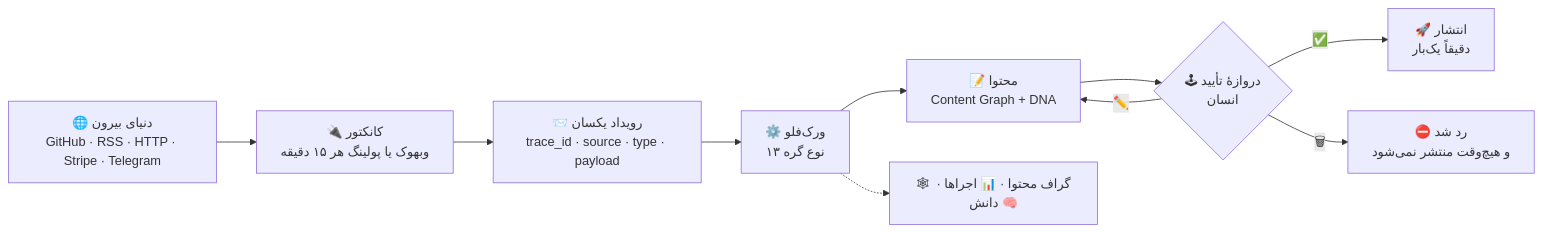
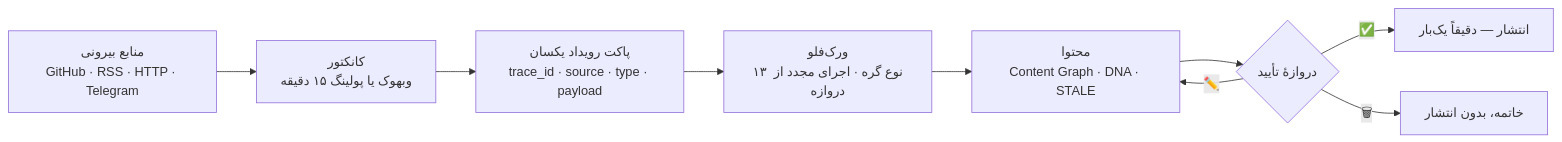
One commit to Alisarani7021/ghlens-ultra changed the first of 2 diagrams in README.md. Above: the diagram before and after it, drawn with Mermaid. The commit also changed other lines of this file, not shown here.

````diff
--- a/README.md
+++ b/README.md
@@ -172,12 +48,11 @@
 ```mermaid
 flowchart LR
-  A["🌐 دنیای بیرون<br/>GitHub · RSS · HTTP · Stripe · Telegram"] --> B["🔌 کانکتور<br/>وبهوک یا پولینگ هر ۱۵ دقیقه"]
-  B --> C["📨 رویداد یکسان<br/>trace_id · source · type · payload"]
-  C --> D["⚙️ ورک‌فلو<br/>۱۳ نوع گره"]
-  D --> E["📝 محتوا<br/>Content Graph + DNA"]
-  E --> F{"🕹 دروازهٔ تأیید<br/>انسان"}
-  F -->|✅| G["🚀 انتشار<br/>دقیقاً یک‌بار"]
+  A["منابع بیرونی<br/>GitHub · RSS · HTTP · Telegram"] --> B["کانکتور<br/>وبهوک یا پولینگ ۱۵ دقیقه"]
+  B --> C["پاکت رویداد یکسان<br/>trace_id · source · type · payload"]
+  C --> D["ورک‌فلو<br/>۱۳ نوع گره · اجرای مجدد از دروازه"]
+  D --> E["محتوا<br/>Content Graph · DNA · STALE"]
+  E --> F{"دروازهٔ تأیید"}
+  F -->|✅| G["انتشار — دقیقاً یک‌بار"]
   F -->|✏️| E
-  F -->|🗑| H["⛔ رد شد<br/>و هیچ‌وقت منتشر نمی‌شود"]
-  D -.-> I["🕸 گراف محتوا · 📊 اجراها · 🧠 دانش"]
+  F -->|🗑| H["خاتمه، بدون انتشار"]
 ```
````
